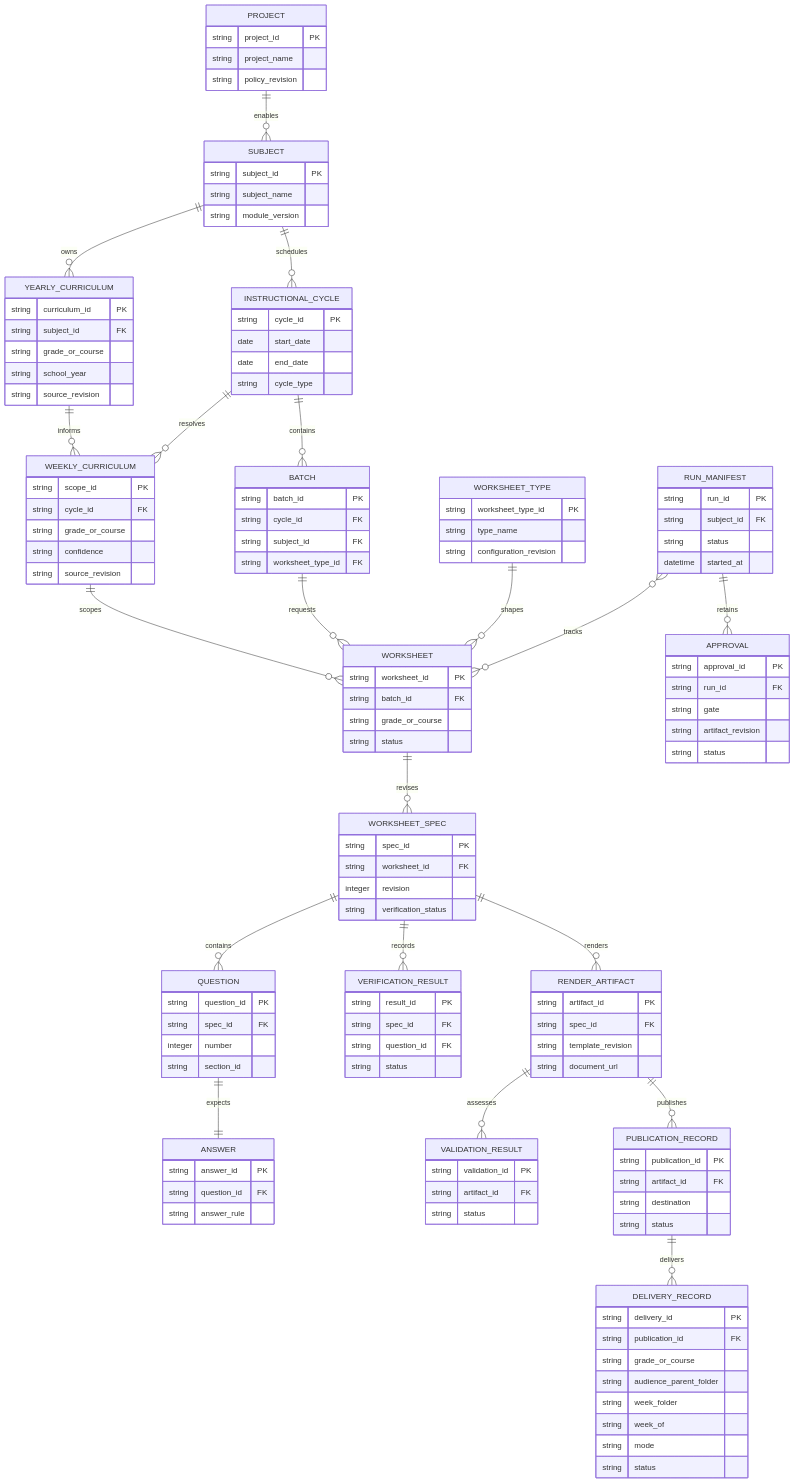
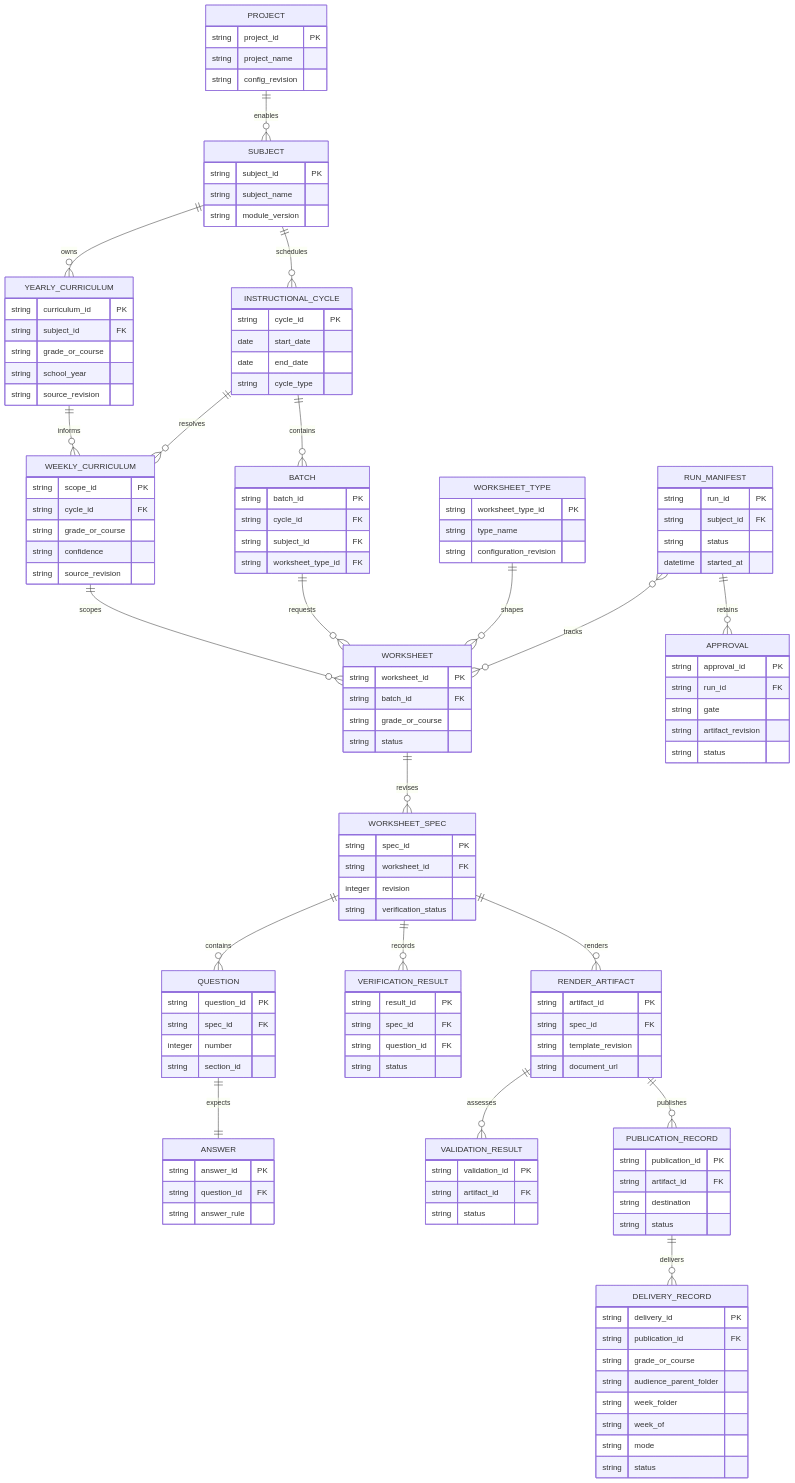
Before and after one commit to kpkchaitanya/mts-crossmodel: the fourth of 6 diagrams in specs/generate_math_worksheets/03. design/design.md, drawn with Mermaid. The commit also changed other lines of this file and 7 other files, not shown here.

```diff
--- a/specs/generate_math_worksheets/03. design/design.md
+++ b/specs/generate_math_worksheets/03. design/design.md
@@ -582,7 +582,7 @@
   PROJECT {
     string project_id PK
     string project_name
-    string policy_revision
+    string config_revision
   }
   SUBJECT {
     string subject_id PK
```
